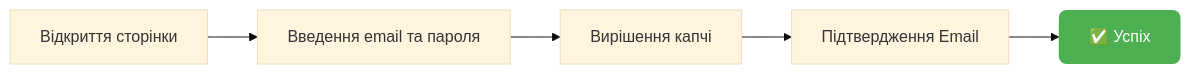
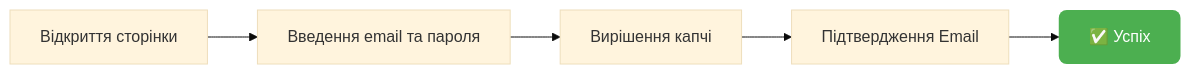
One commit to AutoPilotSoftware/docs changed the fourth of 10 diagrams in src/content/docs/ua/exchanges/mexc-autopilot.md. Above: the diagram before and after it, drawn with Mermaid (base theme). The commit also changed other lines of this file and 2 other files, not shown here.

````diff
--- a/src/content/docs/ua/exchanges/mexc-autopilot.md
+++ b/src/content/docs/ua/exchanges/mexc-autopilot.md
@@ -165,9 +165,9 @@
 ```mermaid
 flowchart LR
-    A["Вiдкриття сторiнки"] --> B["Введення email та пароля"]
-    B --> C["Вирiшення капчi"]
-    C --> D["Пiдтвердження Email"]
-    D --> E["✅ Успiх"]
+    A["Відкриття сторінки"] --> B["Введення email та пароля"]
+    B --> C["Вирішення капчі"]
+    C --> D["Підтвердження Email"]
+    D --> E["✅ Успіх"]
 
     style E fill:#4CAF50,color:#fff,stroke:none,rx:8
 ```
````
